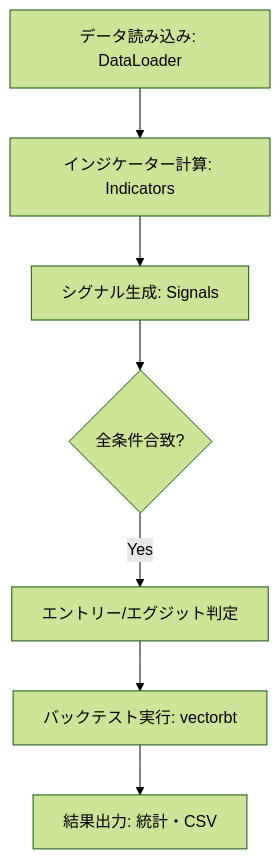
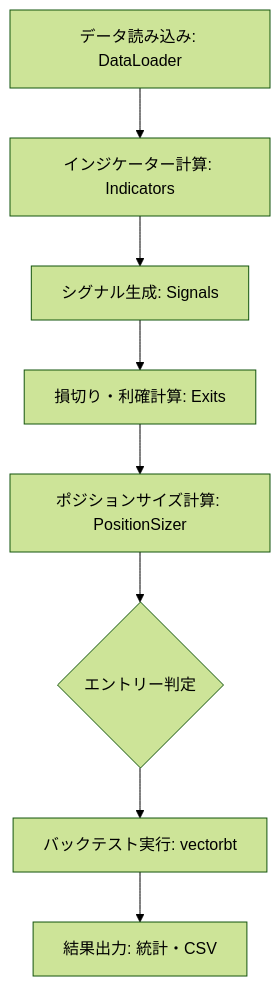
Before and after one commit to taki036731/trading: the diagram in docs/spec.md, drawn with Mermaid (forest theme). The commit also changed other lines of this file and 9 other files, not shown here.

````diff
--- a/docs/spec.md
+++ b/docs/spec.md
@@ -15,9 +17,10 @@
 ```mermaid
 graph TD
     A[データ読み込み: DataLoader] --> B[インジケーター計算: Indicators]
     B --> C[シグナル生成: Signals]
-    C --> D{全条件合致?}
-    D -- Yes --> E[エントリー/エグジット判定]
-    E --> F[バックテスト実行: vectorbt]
-    F --> G[結果出力: 統計・CSV]
+    C --> D[損切り・利確計算: Exits]
+    D --> E[ポジションサイズ計算: PositionSizer]
+    E --> F{エントリー判定}
+    F --> G[バックテスト実行: vectorbt]
+    G --> H[結果出力: 統計・CSV]
 ```
````
